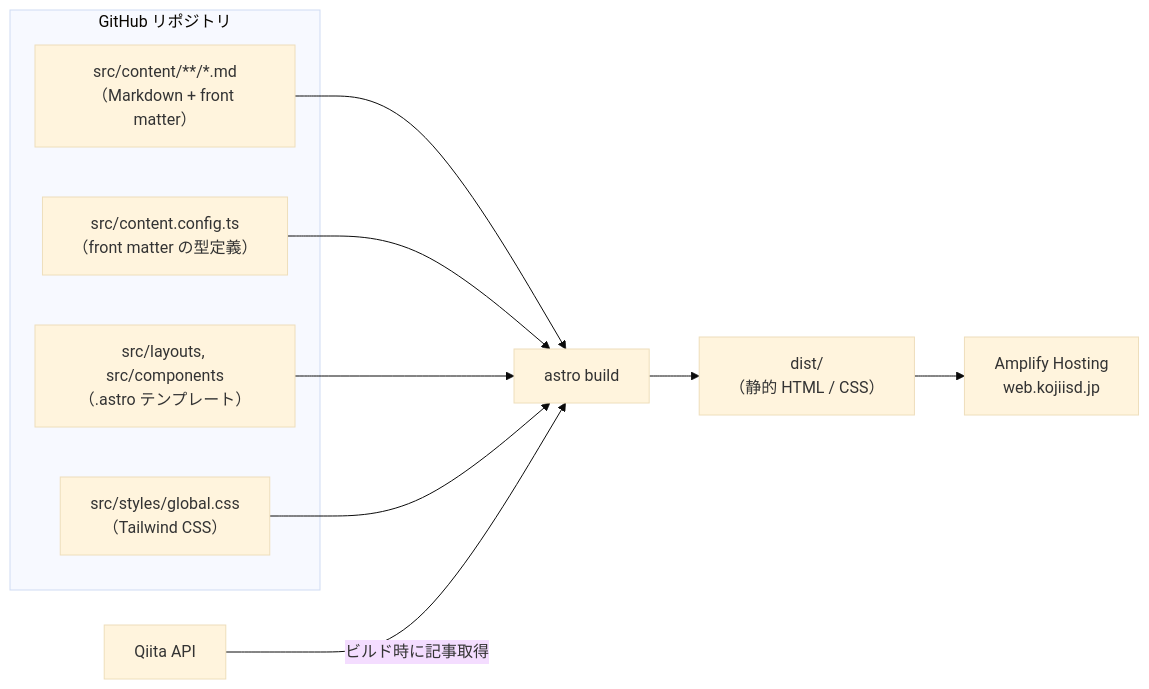
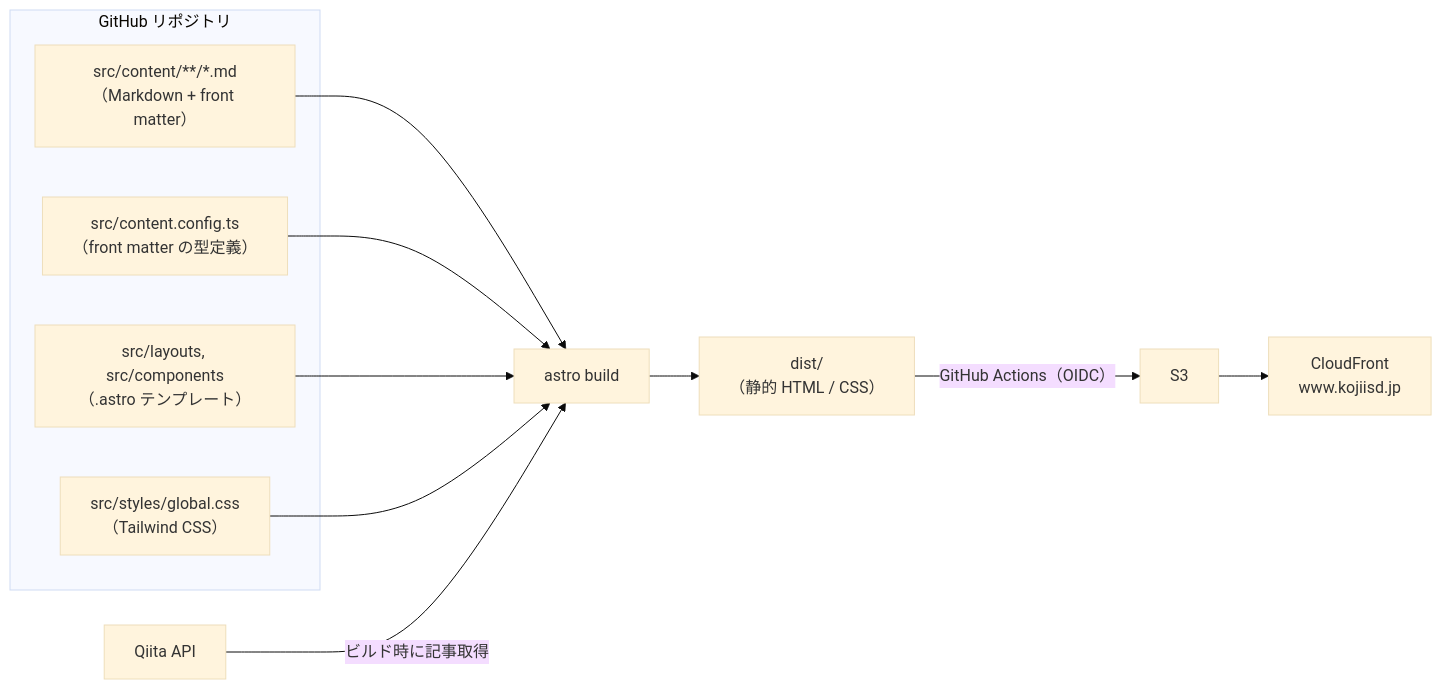
Before and after one commit to kojiisd/web-kojiisd: the first of 2 diagrams in README.md, drawn with Mermaid (base theme). The commit also changed other lines of this file and 16 other files, not shown here.

First line of the commit message:
Host the site on S3 and CloudFront with AWS CDK and GitHub Actions

````diff
--- a/README.md
+++ b/README.md
@@ -12,17 +13,18 @@
 ```mermaid
 flowchart LR
   subgraph repo["GitHub リポジトリ"]
     md["src/content/**/*.md<br/>（Markdown + front matter）"]
     schema["src/content.config.ts<br/>（front matter の型定義）"]
     tpl["src/layouts, src/components<br/>（.astro テンプレート）"]
     css["src/styles/global.css<br/>（Tailwind CSS）"]
   end
   qiita["Qiita API"]
   md --> build
   schema --> build
   tpl --> build
   css --> build
   qiita -- ビルド時に記事取得 --> build
   build["astro build"] --> dist["dist/<br/>（静的 HTML / CSS）"]
-  dist --> amplify["Amplify Hosting<br/>web.kojiisd.jp"]
+  dist -- GitHub Actions（OIDC） --> s3["S3"]
+  s3 --> cf["CloudFront<br/>www.kojiisd.jp"]
 ```
````
